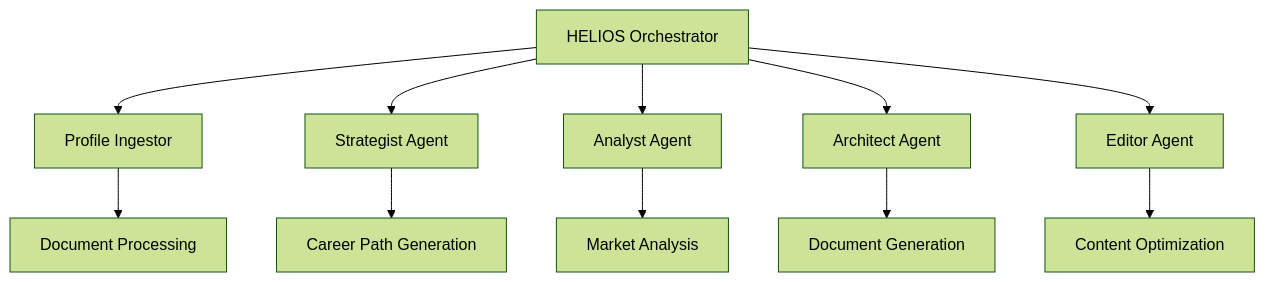
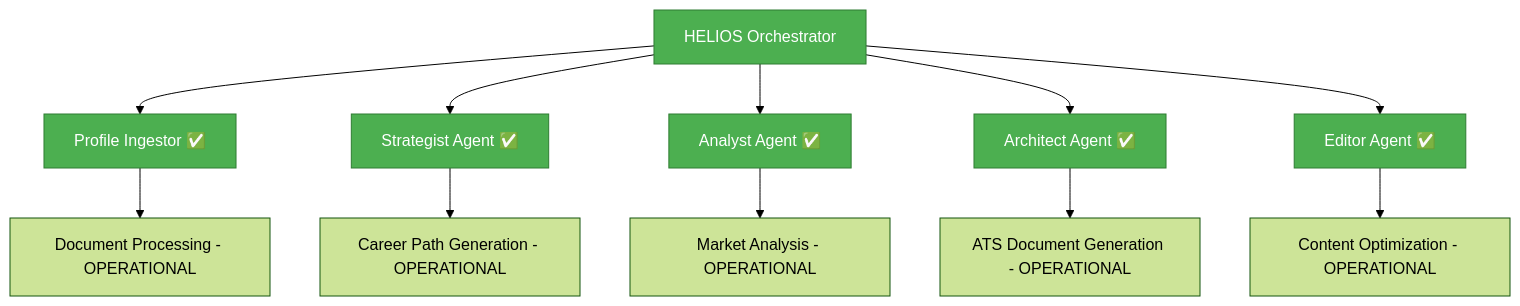
One commit to fabiendostie/helios-career-operations-system changed the diagram in README.md. Above: the diagram before and after it, drawn with Mermaid (forest theme). The commit also changed other lines of this file and 705 other files, not shown here.

````diff
--- a/README.md
+++ b/README.md
@@ -32,14 +39,21 @@
 ```mermaid
 graph TD
-    A[HELIOS Orchestrator] --> B[Profile Ingestor]
-    A --> C[Strategist Agent]
-    A --> D[Analyst Agent]
-    A --> E[Architect Agent]
-    A --> F[Editor Agent]
-    
-    B --> G[Document Processing]
-    C --> H[Career Path Generation]
-    D --> I[Market Analysis]
-    E --> J[Document Generation]
-    F --> K[Content Optimization]
+    A[HELIOS Orchestrator] --> B[Profile Ingestor ✅]
+    A --> C[Strategist Agent ✅]
+    A --> D[Analyst Agent ✅]
+    A --> E[Architect Agent ✅]
+    A --> F[Editor Agent ✅]
+
+    B --> G[Document Processing - OPERATIONAL]
+    C --> H[Career Path Generation - OPERATIONAL]
+    D --> I[Market Analysis - OPERATIONAL]
+    E --> J[ATS Document Generation - OPERATIONAL]
+    F --> K[Content Optimization - OPERATIONAL]
+
+    style A fill:#4CAF50,stroke:#2E7D32,color:#fff
+    style B fill:#4CAF50,stroke:#2E7D32,color:#fff
+    style C fill:#4CAF50,stroke:#2E7D32,color:#fff
+    style D fill:#4CAF50,stroke:#2E7D32,color:#fff
+    style E fill:#4CAF50,stroke:#2E7D32,color:#fff
+    style F fill:#4CAF50,stroke:#2E7D32,color:#fff
 ```
````
